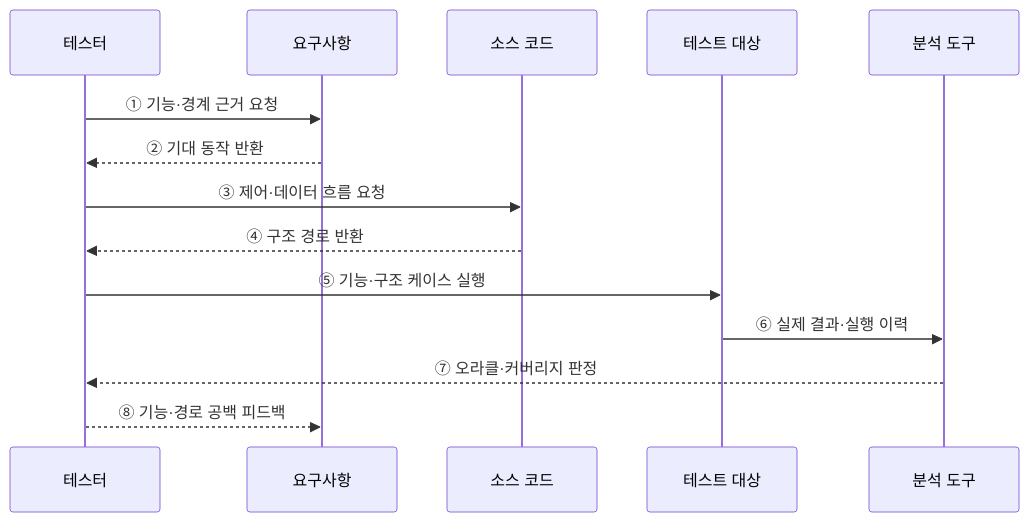
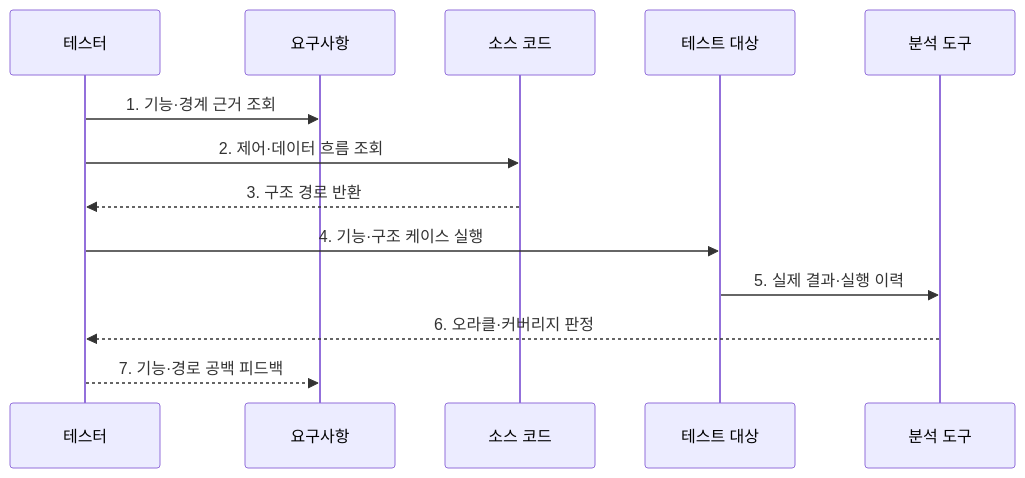
Before and after one commit to agnusdei1207/knowledge-base: the second of 2 diagrams in src/content/docs/notes/03-software/060_whitebox_blackbox_testing.md, drawn with Mermaid. The commit also changed other lines of this file and 20 other files, not shown here.

````diff
--- a/src/content/docs/notes/03-software/060_whitebox_blackbox_testing.md
+++ b/src/content/docs/notes/03-software/060_whitebox_blackbox_testing.md
@@ -77,16 +81,15 @@
 ```mermaid
 sequenceDiagram
     participant T as 테스터
     participant R as 요구사항
     participant C as 소스 코드
     participant S as 테스트 대상
     participant A as 분석 도구
-    T->>R: ① 기능·경계 근거 요청
-    R-->>T: ② 기대 동작 반환
-    T->>C: ③ 제어·데이터 흐름 요청
-    C-->>T: ④ 구조 경로 반환
-    T->>S: ⑤ 기능·구조 케이스 실행
-    S->>A: ⑥ 실제 결과·실행 이력
-    A-->>T: ⑦ 오라클·커버리지 판정
-    T-->>R: ⑧ 기능·경로 공백 피드백
+    T->>R: 1. 기능·경계 근거 조회
+    T->>C: 2. 제어·데이터 흐름 조회
+    C-->>T: 3. 구조 경로 반환
+    T->>S: 4. 기능·구조 케이스 실행
+    S->>A: 5. 실제 결과·실행 이력
+    A-->>T: 6. 오라클·커버리지 판정
+    T-->>R: 7. 기능·경로 공백 피드백
 ```
````
